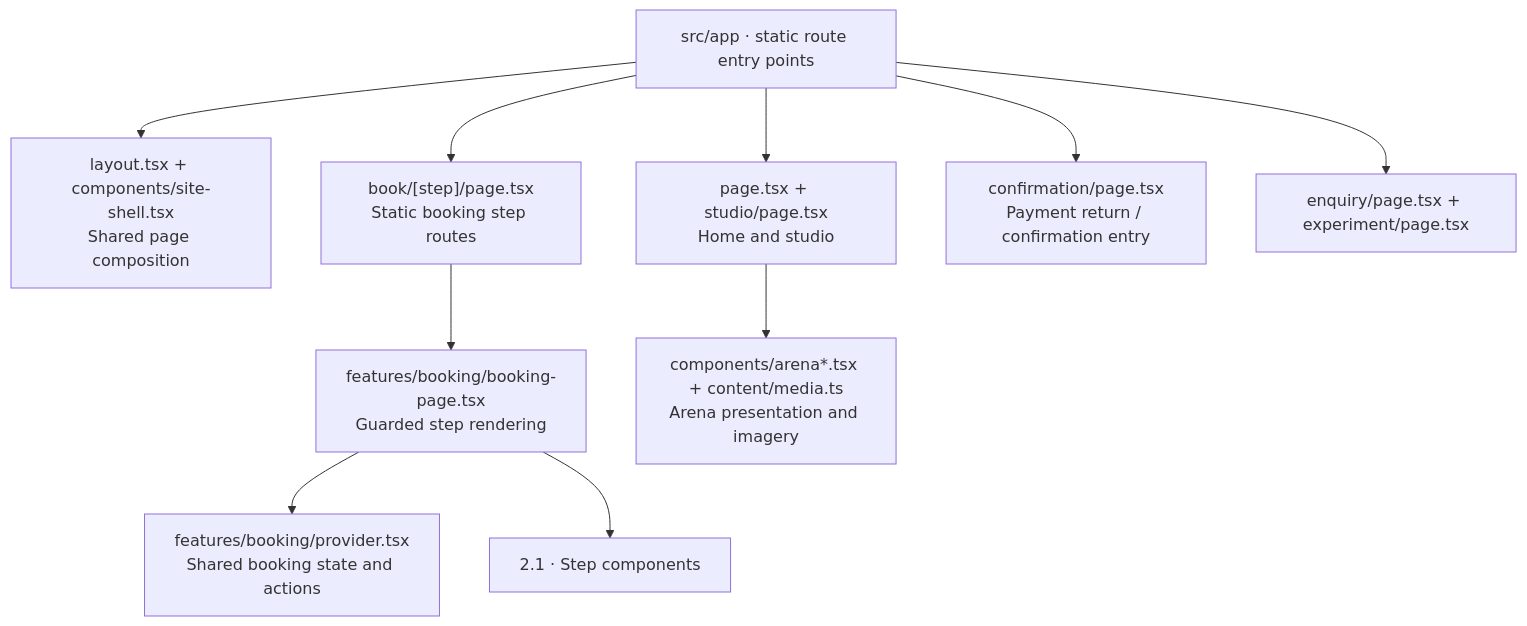
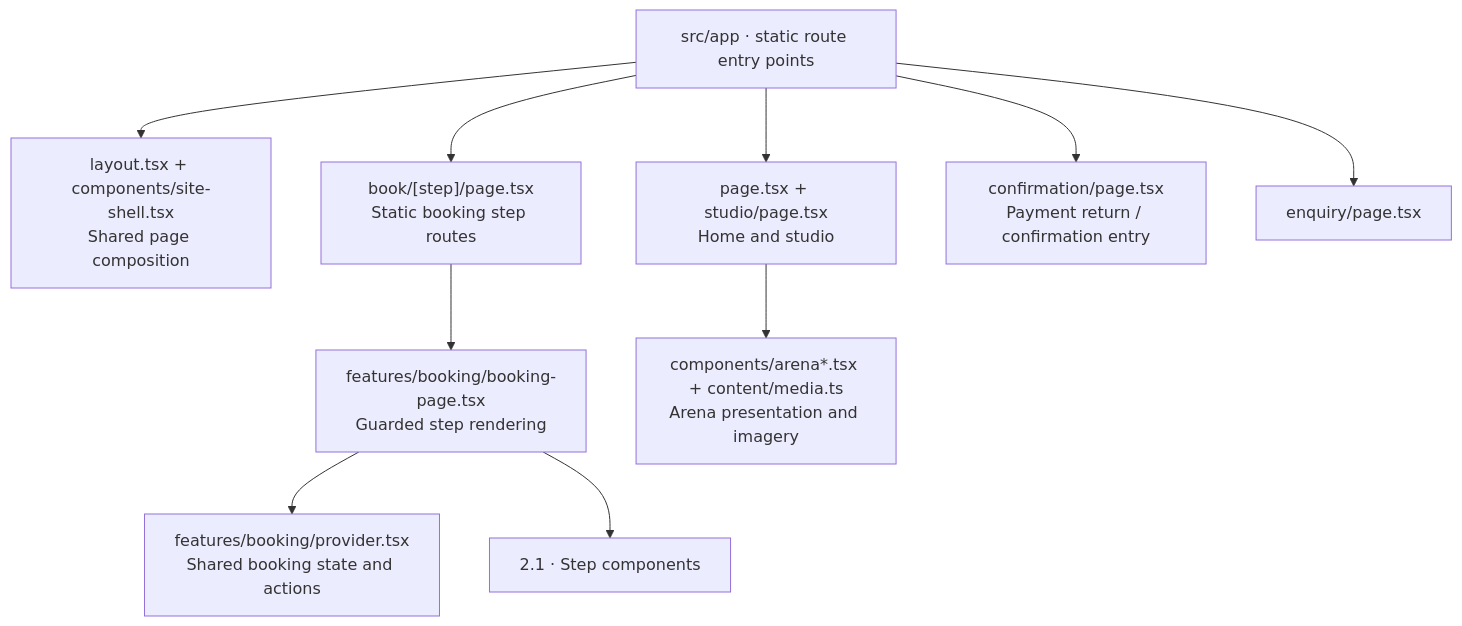
Before and after one commit to soccerbotstudiosg/soccerbotstudioSG: the second of 15 diagrams in docs/code-owners/index.md, drawn with Mermaid. The commit also changed other lines of this file and 125 other files, not shown here.

````diff
--- a/docs/code-owners/index.md
+++ b/docs/code-owners/index.md
@@ -33,13 +33,13 @@
 ```mermaid
 flowchart TB
   Routes["src/app · static route entry points"]
   Routes --> Shell["layout.tsx + components/site-shell.tsx<br/>Shared page composition"]
   Routes --> Public["page.tsx + studio/page.tsx<br/>Home and studio"]
   Routes --> Book["book/[step]/page.tsx<br/>Static booking step routes"]
   Routes --> Confirmation["confirmation/page.tsx<br/>Payment return / confirmation entry"]
-  Routes --> Other["enquiry/page.tsx + experiment/page.tsx"]
+  Routes --> Other["enquiry/page.tsx"]
   Book --> Page["features/booking/booking-page.tsx<br/>Guarded step rendering"]
   Page --> State["features/booking/provider.tsx<br/>Shared booking state and actions"]
   Page --> Steps["2.1 · Step components"]
   Public --> Visual["components/arena*.tsx + content/media.ts<br/>Arena presentation and imagery"]
 ```
````
